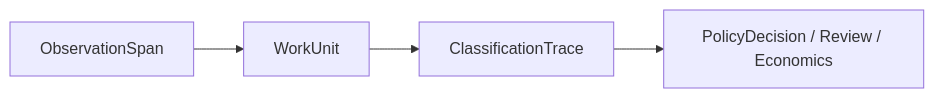
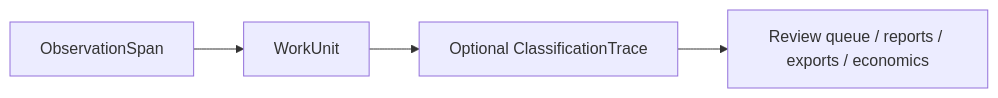
Before and after one commit to couscous18/workledger: the diagram in docs/data-model.md, drawn with Mermaid. The commit also changed other lines of this file and 15 other files, not shown here.

````diff
--- a/docs/data-model.md
+++ b/docs/data-model.md
@@ -63,6 +67,6 @@
 ```mermaid
 flowchart LR
   A["ObservationSpan"] --> B["WorkUnit"]
-  B --> C["ClassificationTrace"]
-  C --> D["PolicyDecision / Review / Economics"]
+  B --> C["Optional ClassificationTrace"]
+  C --> D["Review queue / reports / exports / economics"]
 ```
````
